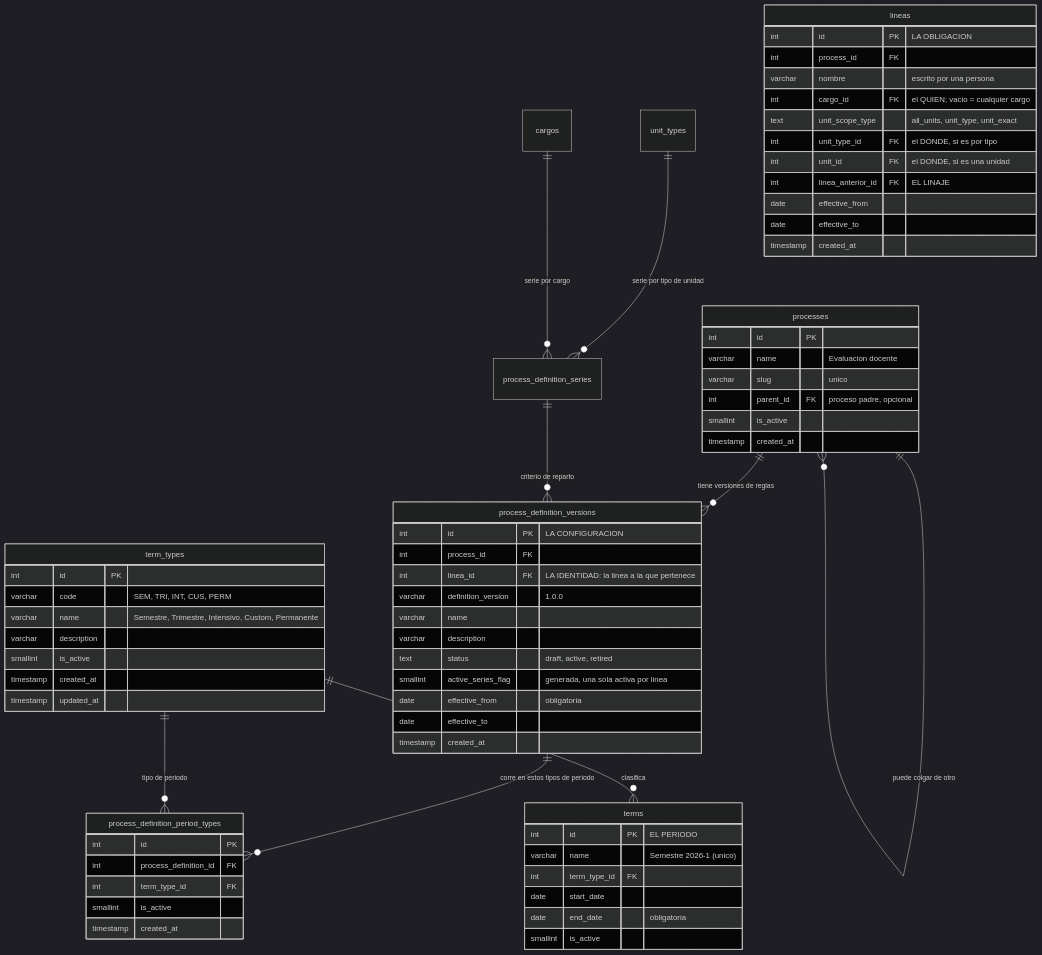
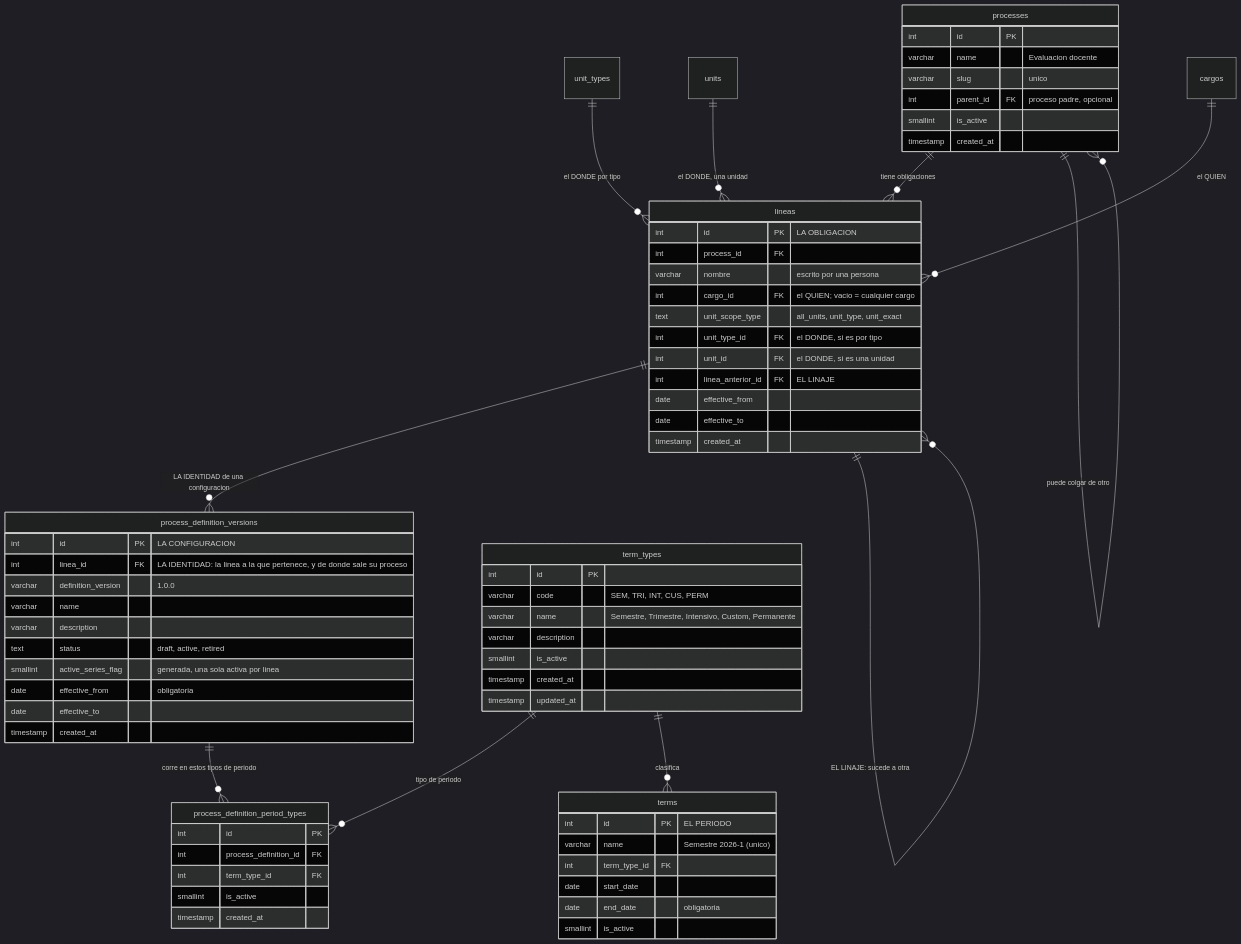
One commit to fresvel/deasy changed the diagram in docs/src/content/docs/modelo/proceso.md. Above: the diagram before and after it, drawn with Mermaid (dark theme). The commit also changed 35 other files, not shown here.

````diff
--- a/docs/src/content/docs/modelo/proceso.md
+++ b/docs/src/content/docs/modelo/proceso.md
@@ -129,70 +129,71 @@
 ```mermaid
 erDiagram
-  processes ||--o{ process_definition_versions : "tiene versiones de reglas"
+  processes ||--o{ lineas : "tiene obligaciones"
   processes ||--o{ processes : "puede colgar de otro"
-  process_definition_series ||--o{ process_definition_versions : "criterio de reparto"
-  unit_types ||--o{ process_definition_series : "serie por tipo de unidad"
-  cargos ||--o{ process_definition_series : "serie por cargo"
+  lineas ||--o{ process_definition_versions : "LA IDENTIDAD de una configuracion"
+  lineas ||--o{ lineas : "EL LINAJE: sucede a otra"
+  unit_types ||--o{ lineas : "el DONDE por tipo"
+  units ||--o{ lineas : "el DONDE, una unidad"
+  cargos ||--o{ lineas : "el QUIEN"
   process_definition_versions ||--o{ process_definition_period_types : "corre en estos tipos de periodo"
   term_types ||--o{ process_definition_period_types : "tipo de periodo"
   term_types ||--o{ terms : "clasifica"
 
   processes {
     int id PK
     varchar name "Evaluacion docente"
     varchar slug "unico"
     int parent_id FK "proceso padre, opcional"
     smallint is_active
     timestamp created_at
   }
   lineas {
     int id PK "LA OBLIGACION"
     int process_id FK
     varchar nombre "escrito por una persona"
     int cargo_id FK "el QUIEN; vacio = cualquier cargo"
     text unit_scope_type "all_units, unit_type, unit_exact"
     int unit_type_id FK "el DONDE, si es por tipo"
     int unit_id FK "el DONDE, si es una unidad"
     int linea_anterior_id FK "EL LINAJE"
     date effective_from
     date effective_to
     timestamp created_at
   }
   process_definition_versions {
     int id PK "LA CONFIGURACION"
-    int process_id FK
-    int linea_id FK "LA IDENTIDAD: la linea a la que pertenece"
+    int linea_id FK "LA IDENTIDAD: la linea a la que pertenece, y de donde sale su proceso"
     varchar definition_version "1.0.0"
     varchar name
     varchar description
     text status "draft, active, retired"
     smallint active_series_flag "generada, una sola activa por linea"
     date effective_from "obligatoria"
     date effective_to
     timestamp created_at
   }
   process_definition_period_types {
     int id PK
     int process_definition_id FK
     int term_type_id FK
     smallint is_active
     timestamp created_at
   }
   term_types {
     int id PK
     varchar code "SEM, TRI, INT, CUS, PERM"
     varchar name "Semestre, Trimestre, Intensivo, Custom, Permanente"
     varchar description
     smallint is_active
     timestamp created_at
     timestamp updated_at
   }
   terms {
     int id PK "EL PERIODO"
     varchar name "Semestre 2026-1 (unico)"
     int term_type_id FK
     date start_date
     date end_date "obligatoria"
     smallint is_active
   }
 ```
````
